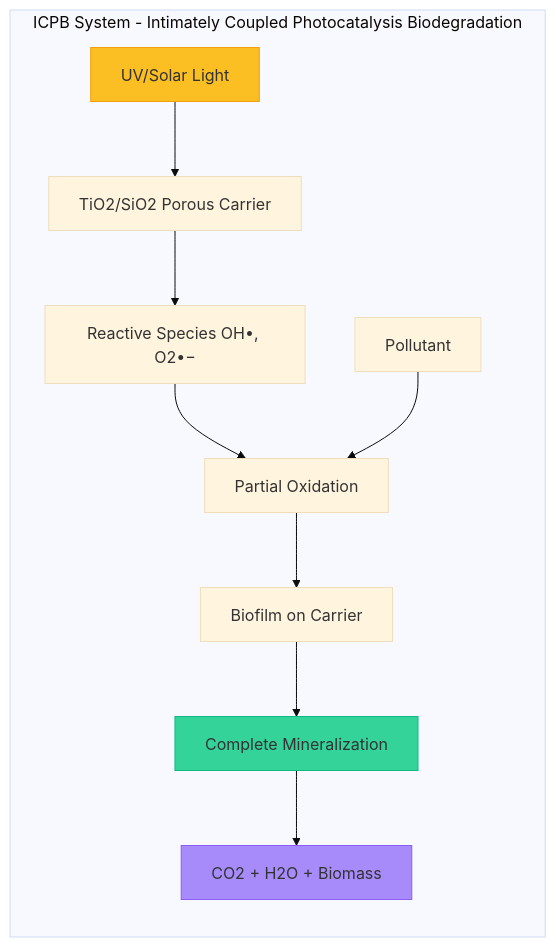
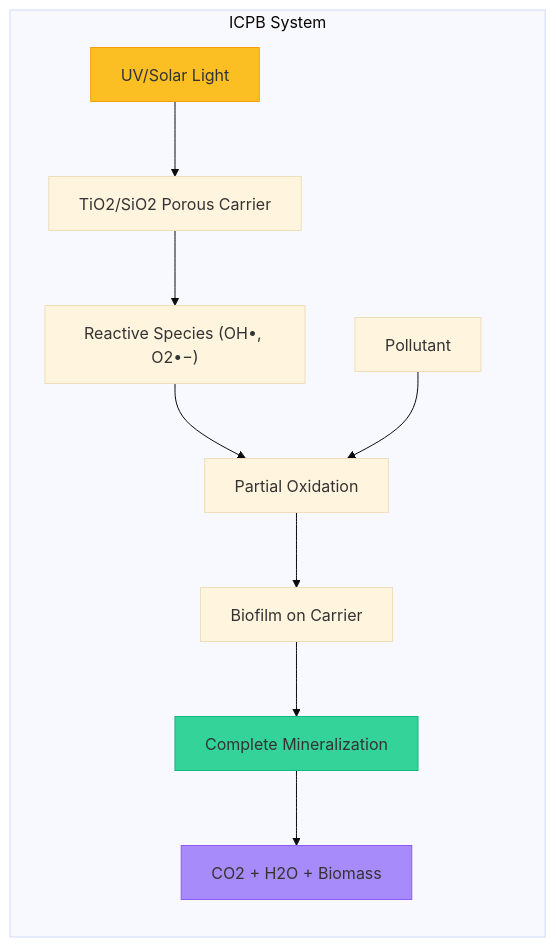
Before and after one commit to anshsharmacse/JanrakshakAI: the eighth of 14 diagrams in README.md, drawn with Mermaid (base theme). The commit also changed other lines of this file, not shown here.

````diff
--- a/README.md
+++ b/README.md
@@ -367,17 +360,17 @@
 ```mermaid
 graph LR
-    subgraph ICPB["ICPB System - Intimately Coupled Photocatalysis Biodegradation"]
+    subgraph ICPB["ICPB System"]
         A[UV/Solar Light] --> B[TiO2/SiO2 Porous Carrier]
-        B --> C[Reactive Species OH•, O2•−]
+        B --> C["Reactive Species (OH•, O2•−)"]
         C --> D[Partial Oxidation]
         D --> E[Biofilm on Carrier]
         E --> F[Complete Mineralization]
-        
+
         G[Pollutant] --> D
         F --> H[CO2 + H2O + Biomass]
     end
-    
+
     style A fill:#fbbf24,stroke:#f59e0b
     style F fill:#34d399,stroke:#10b981
     style H fill:#a78bfa,stroke:#8b5cf6
 ```
````
